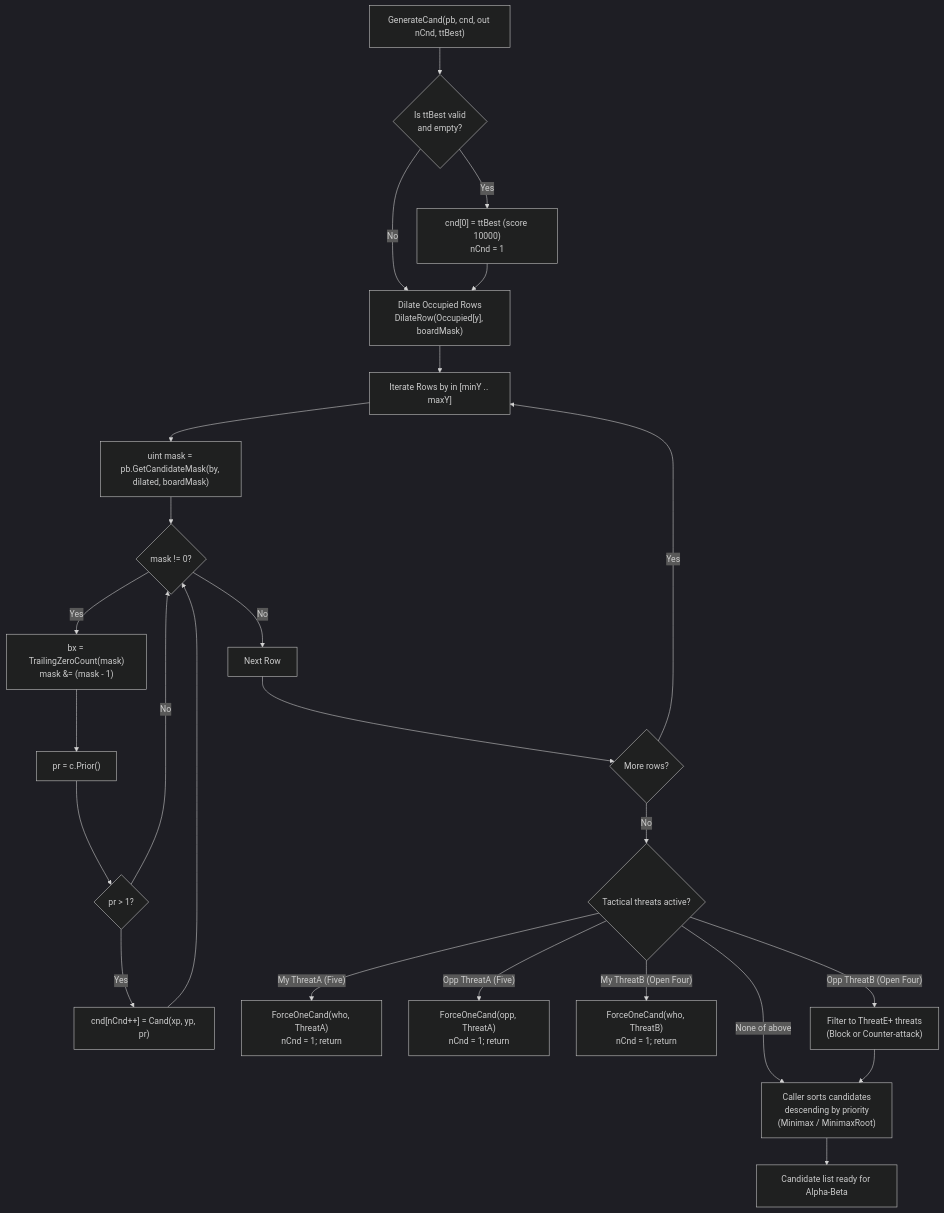
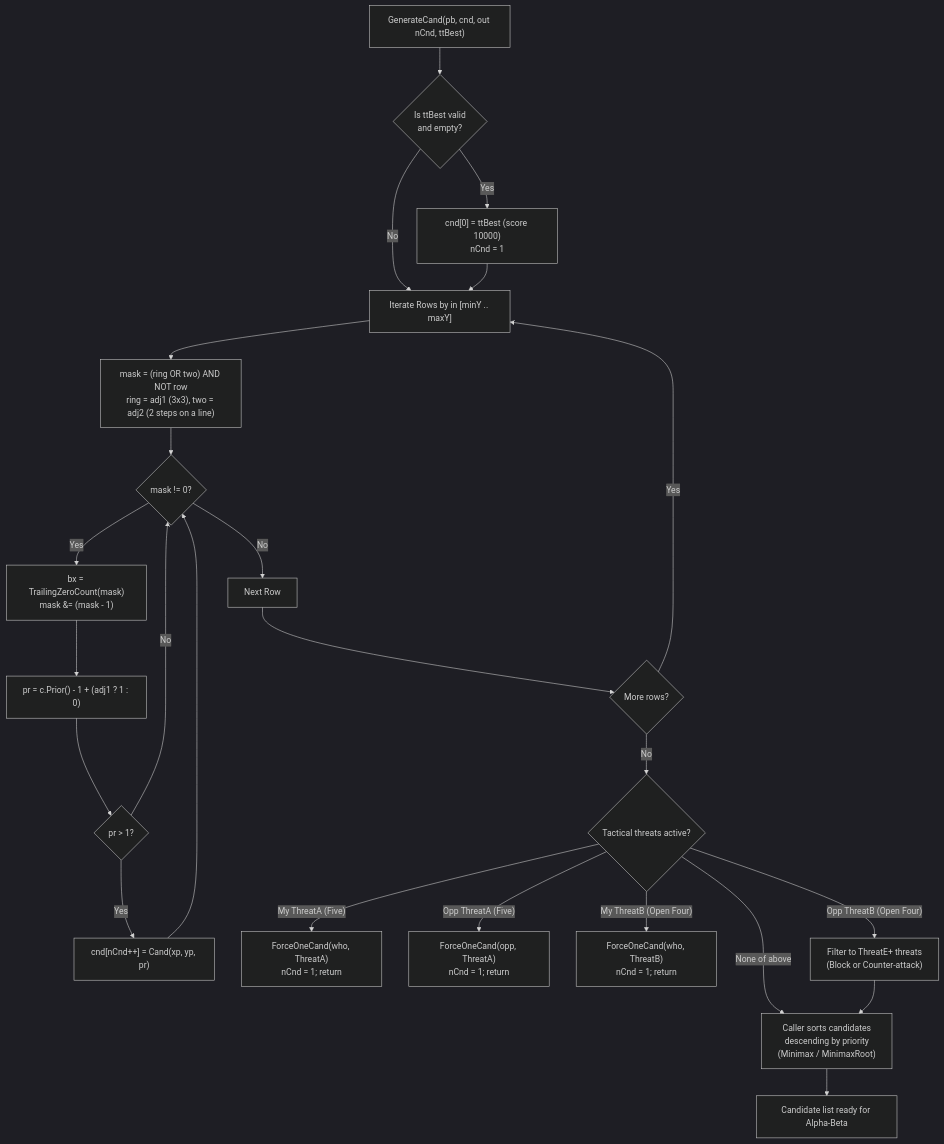
Before and after one commit to cjp-dev/Gomoku: the diagram in docs/brain/06-move-generation-and-ordering.md, drawn with Mermaid (dark theme). The commit also changed other lines of this file and 17 other files, not shown here.

````diff
--- a/docs/brain/06-move-generation-and-ordering.md
+++ b/docs/brain/06-move-generation-and-ordering.md
@@ -21,29 +21,28 @@
 ```mermaid
 flowchart TD
     Start["GenerateCand(pb, cnd, out nCnd, ttBest)"] --> TT{"Is ttBest valid<br/>and empty?"}
     TT -- "Yes" --> InsertTT["cnd[0] = ttBest (score 10000)<br/>nCnd = 1"]
-    TT -- "No" --> Dilate["Dilate Occupied Rows<br/>DilateRow(Occupied[y], boardMask)"]
-    InsertTT --> Dilate
+    TT -- "No" --> RowLoop["Iterate Rows by in [minY .. maxY]"]
+    InsertTT --> RowLoop
 
-    Dilate --> RowLoop["Iterate Rows by in [minY .. maxY]"]
-    RowLoop --> Mask["uint mask = pb.GetCandidateMask(by, dilated, boardMask)"]
+    RowLoop --> Mask["mask = (ring OR two) AND NOT row<br/>ring = adj1 (3x3), two = adj2 (2 steps on a line)"]
     Mask --> MaskCheck{"mask != 0?"}
     MaskCheck -- "Yes" --> ExtractX["bx = TrailingZeroCount(mask)<br/>mask &amp;= (mask - 1)"]
-    ExtractX --> CalcPrior["pr = c.Prior()"]
+    ExtractX --> CalcPrior["pr = c.Prior() - 1 + (adj1 ? 1 : 0)"]
     CalcPrior --> PrFilter{"pr &gt; 1?"}
     PrFilter -- "Yes" --> AddCand["cnd[nCnd++] = Cand(xp, yp, pr)"]
     PrFilter -- "No" --> MaskCheck
     AddCand --> MaskCheck
     MaskCheck -- "No" --> NextRow["Next Row"]
     NextRow --> MoreRows{"More rows?"}
     MoreRows -- "Yes" --> RowLoop
     MoreRows -- "No" --> ThreatCheck{"Tactical threats active?"}
 
     ThreatCheck -- "My ThreatA (Five)" --> ForceMy5["ForceOneCand(who, ThreatA)<br/>nCnd = 1; return"]
     ThreatCheck -- "Opp ThreatA (Five)" --> ForceOpp5["ForceOneCand(opp, ThreatA)<br/>nCnd = 1; return"]
     ThreatCheck -- "My ThreatB (Open Four)" --> ForceMy4["ForceOneCand(who, ThreatB)<br/>nCnd = 1; return"]
     ThreatCheck -- "Opp ThreatB (Open Four)" --> Restrict4["Filter to ThreatE+ threats<br/>(Block or Counter-attack)"]
     ThreatCheck -- "None of above" --> Sort["Caller sorts candidates<br/>descending by priority<br/>(Minimax / MinimaxRoot)"]
     Restrict4 --> Sort
     Sort --> Done["Candidate list ready for Alpha-Beta"]
 ```
````
